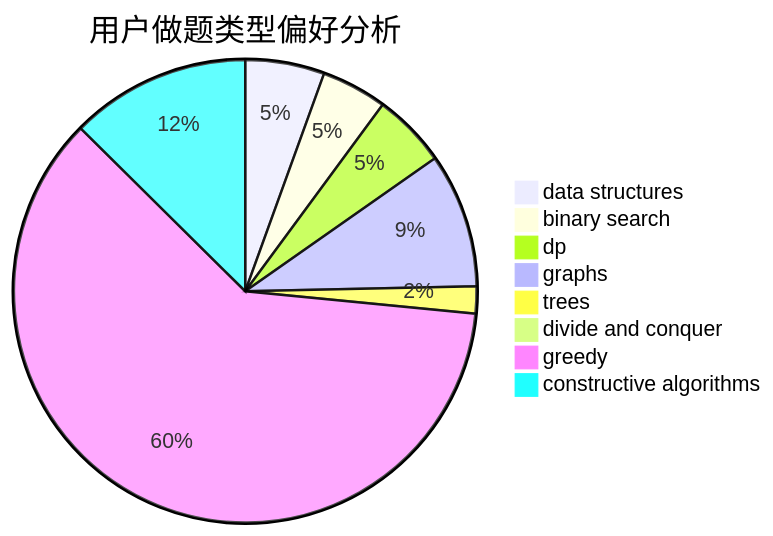
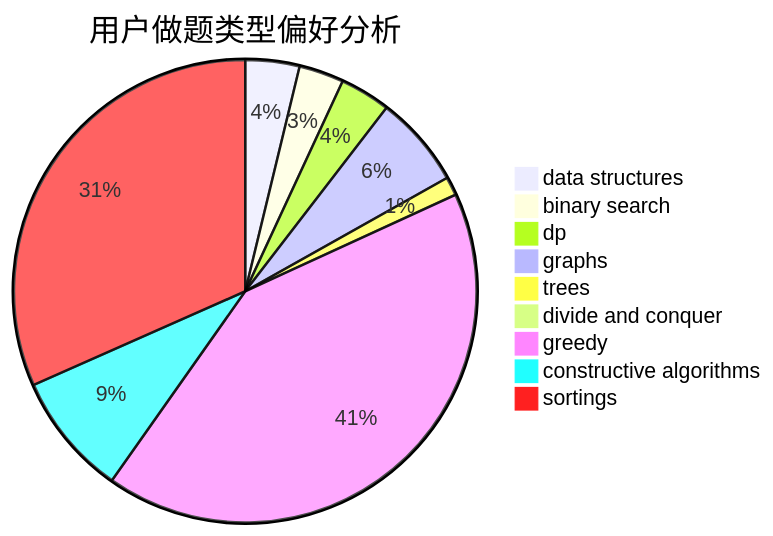
Before and after one commit to sherpahu/cfrs.github.io: the second of 3 diagrams in docs/user/u343.md, drawn with Mermaid. The commit also changed other lines of this file and 2769 other files, not shown here.

````diff
--- a/docs/user/u343.md
+++ b/docs/user/u343.md
@@ -23,11 +18,12 @@
 ```mermaid
 pie title 用户做题类型偏好分析
     "data structures" :  76
     "binary search" :  63
     "dp" :  71
     "graphs" :  129
     "trees" :  26
     "divide and conquer" :  13
     "greedy" :  837
     "constructive algorithms" :  173
+    "sortings" :  636
 ```
````
